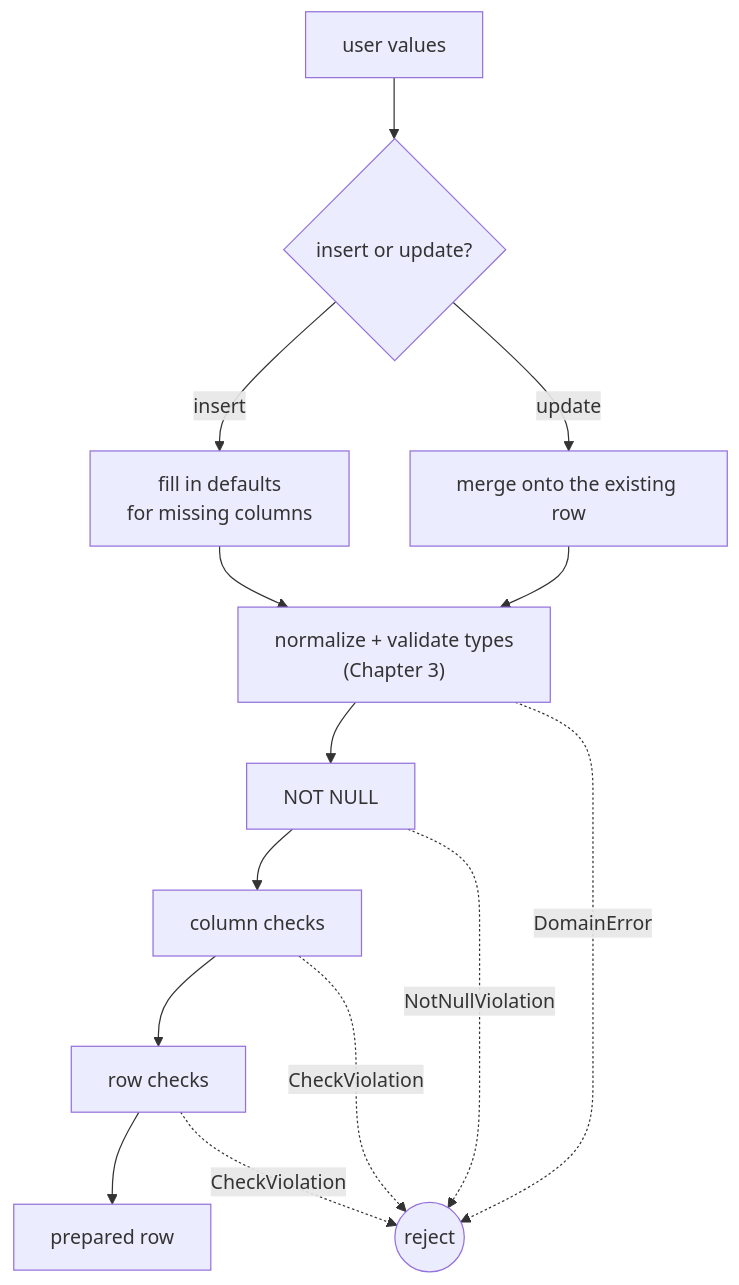
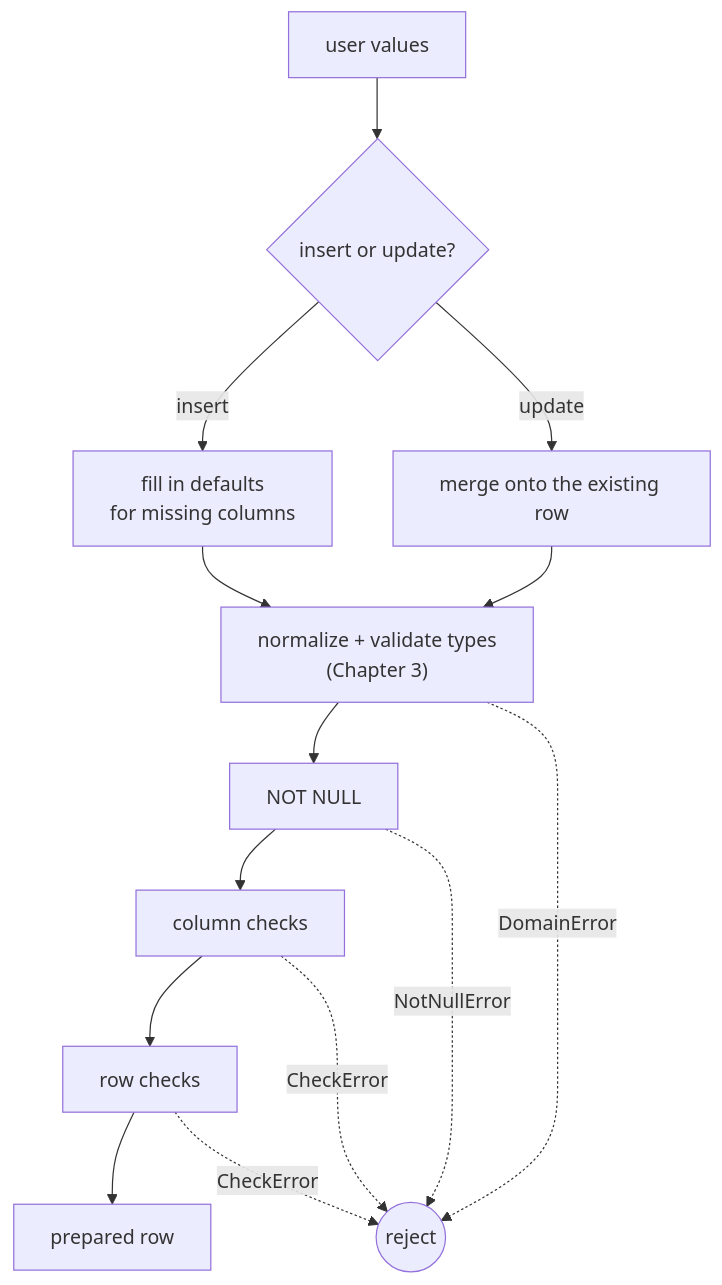
One commit to stefano-bragaglia/mini-db-book changed the diagram in docs/minidb-book/04-constraints.md. Above: the diagram before and after it, drawn with Mermaid. The commit also changed other lines of this file and 20 other files, not shown here.

````diff
--- a/docs/minidb-book/04-constraints.md
+++ b/docs/minidb-book/04-constraints.md
@@ -19,16 +19,16 @@
 ```mermaid
 flowchart TD
     A["user values"] --> B{"insert or update?"}
     B -- insert --> C["fill in defaults<br/>for missing columns"]
     B -- update --> D["merge onto the existing row"]
     C --> E["normalize + validate types<br/>(Chapter 3)"]
     D --> E
     E --> F["NOT NULL"]
     F --> G["column checks"]
     G --> H["row checks"]
     H --> I["prepared row"]
     E -. DomainError .-> R((reject))
-    F -. NotNullViolation .-> R
-    G -. CheckViolation .-> R
-    H -. CheckViolation .-> R
+    F -. NotNullError .-> R
+    G -. CheckError .-> R
+    H -. CheckError .-> R
 ```
````
